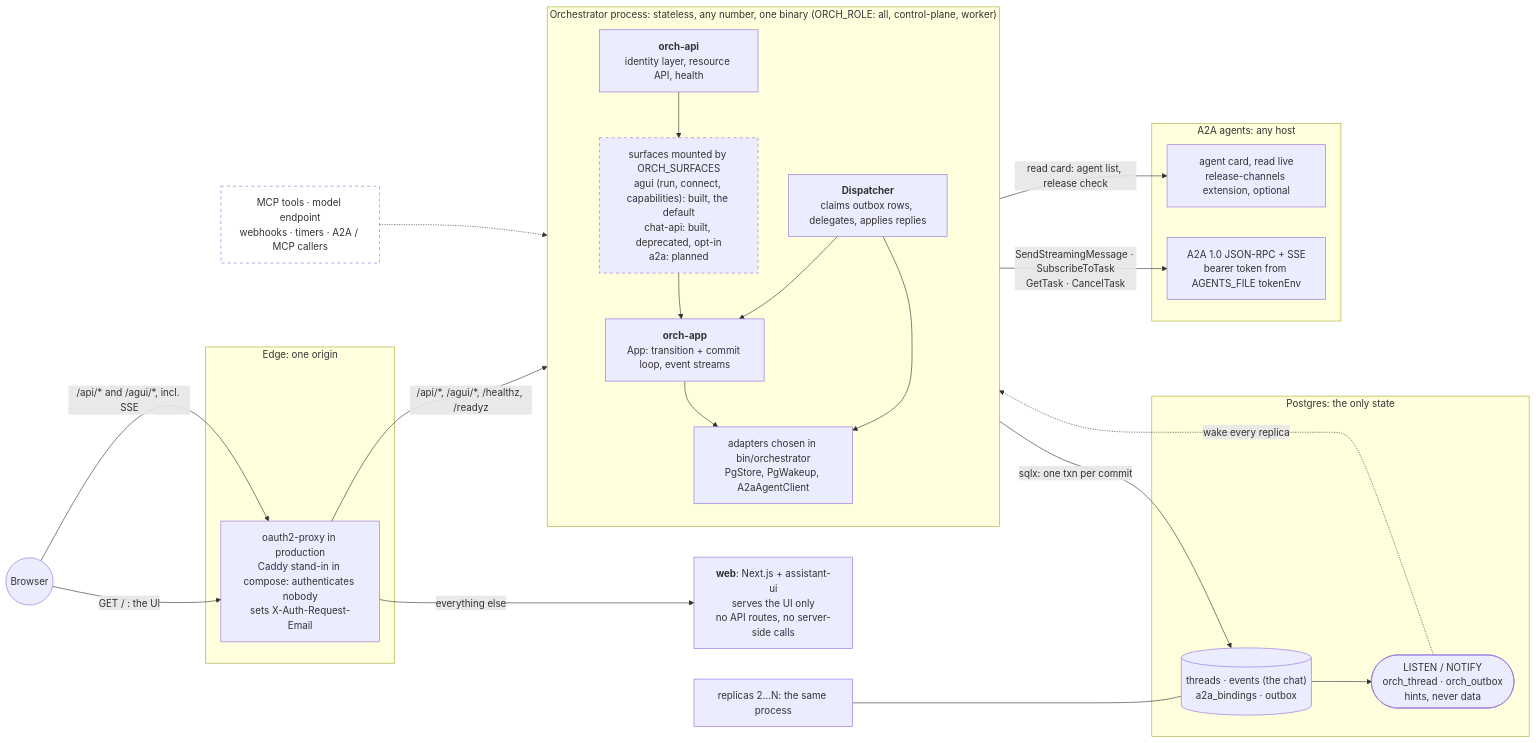
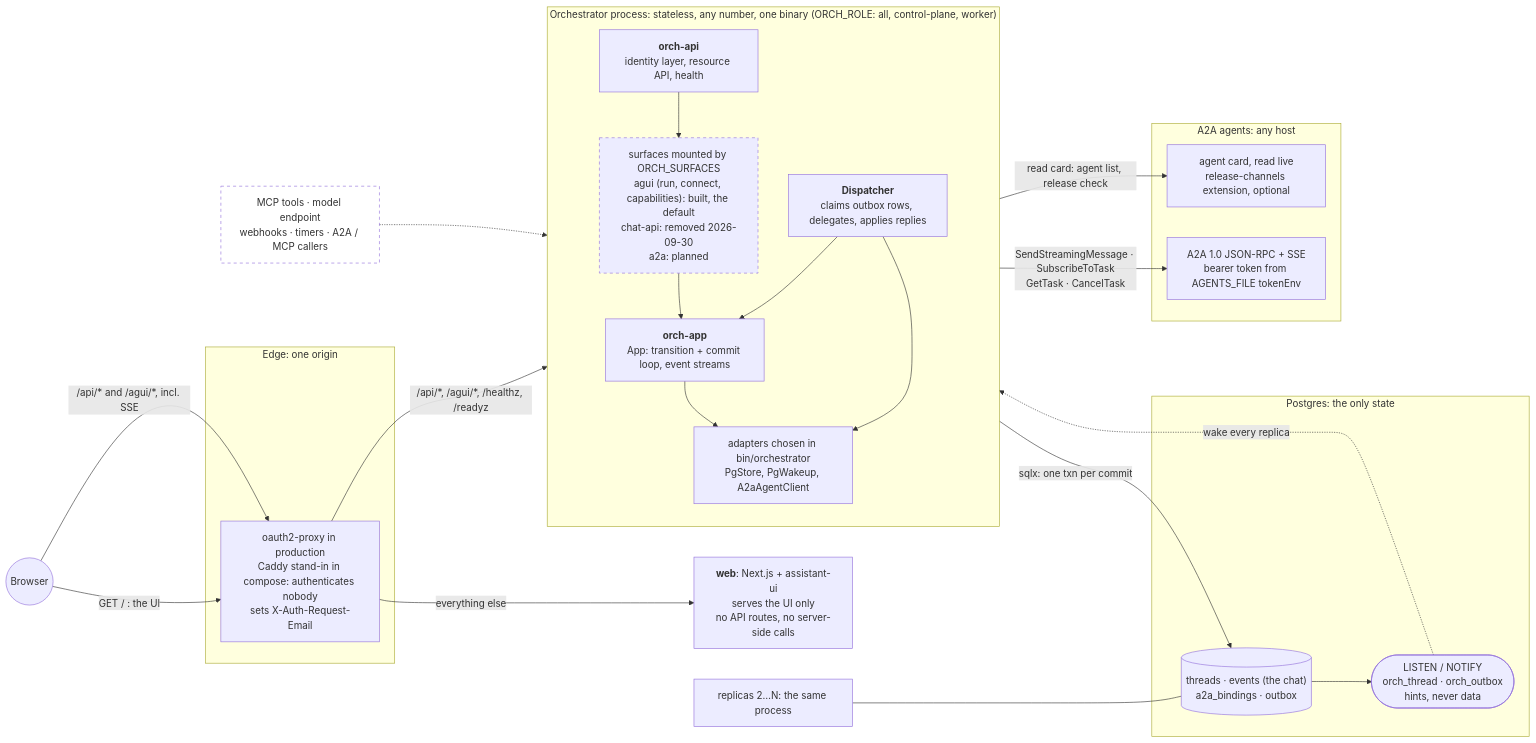
The first of 12 diagrams in docs/architecture.md (vymalo/another-agentic-system), drawn with Mermaid before and after one commit. The commit also changed other lines of this file and 60 other files, not shown here.

First line of the commit message:
refactor(orchestrator)!: remove the legacy chat API surface (#48)

````diff
--- a/docs/architecture.md
+++ b/docs/architecture.md
@@ -76,42 +76,42 @@
 ```mermaid
 flowchart LR
   browser(("Browser"))
   subgraph EDGE["Edge: one origin"]
     edge["oauth2-proxy in production<br/>Caddy stand-in in compose: authenticates nobody<br/>sets X-Auth-Request-Email"]
   end
   web["<b>web</b>: Next.js + assistant-ui<br/>serves the UI only<br/>no API routes, no server-side calls"]
   subgraph REPLICA["Orchestrator process: stateless, any number, one binary (ORCH_ROLE: all, control-plane, worker)"]
     direction TB
     api["<b>orch-api</b><br/>identity layer, resource API, health"]
-    surfaces["surfaces mounted by ORCH_SURFACES<br/>agui (run, connect, capabilities): built, the default<br/>chat-api: built, deprecated, opt-in<br/>a2a: planned"]
+    surfaces["surfaces mounted by ORCH_SURFACES<br/>agui (run, connect, capabilities): built, the default<br/>chat-api: removed 2026-09-30<br/>a2a: planned"]
     app["<b>orch-app</b><br/>App: transition + commit loop, event streams"]
     disp["<b>Dispatcher</b><br/>claims outbox rows, delegates, applies replies"]
     adapters["adapters chosen in bin/orchestrator<br/>PgStore, PgWakeup, A2aAgentClient"]
     api --> surfaces --> app
     disp --> app
     app --> adapters
     disp --> adapters
   end
   subgraph PG["Postgres: the only state"]
     tables[("threads · events (the chat)<br/>a2a_bindings · outbox")]
     notify(["LISTEN / NOTIFY<br/>orch_thread · orch_outbox<br/>hints, never data"])
   end
   subgraph AGENTS["A2A agents: any host"]
     card["agent card, read live<br/>release-channels extension, optional"]
     a2a["A2A 1.0 JSON-RPC + SSE<br/>bearer token from AGENTS_FILE tokenEnv"]
   end
   browser -- "GET / : the UI" --> edge
   browser -- "/api/* and /agui/*, incl. SSE" --> edge
   edge -- "everything else" --> web
   edge -- "/api/*, /agui/*, /healthz, /readyz" --> api
   adapters -- "sqlx: one txn per commit" --> tables
   tables --> notify
   notify -. "wake every replica" .-> adapters
   adapters -- "SendStreamingMessage · SubscribeToTask<br/>GetTask · CancelTask" --> a2a
   adapters -- "read card: agent list, release check" --> card
   more["replicas 2…N: the same process"] --- tables
   mcp["MCP tools · model endpoint<br/>webhooks · timers · A2A / MCP callers"]:::planned
   mcp -.-> api
   classDef planned stroke-dasharray: 5 5,fill:none
   style surfaces stroke-dasharray: 5 5
 ```
````
